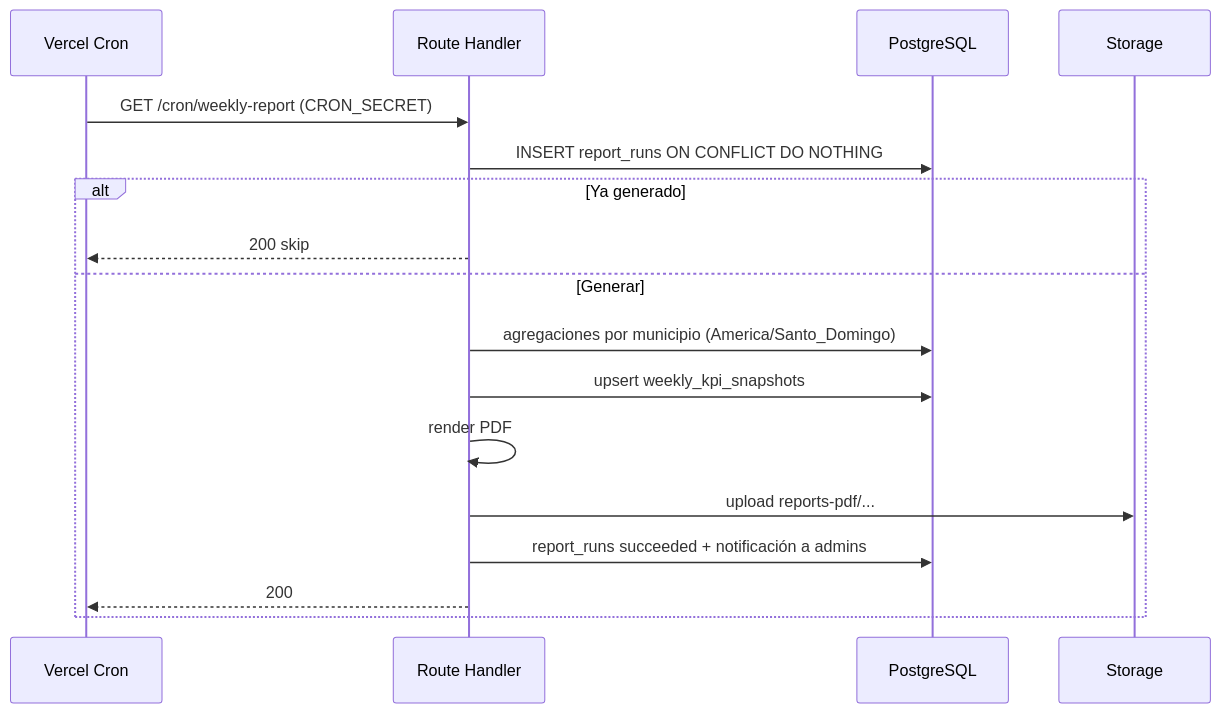
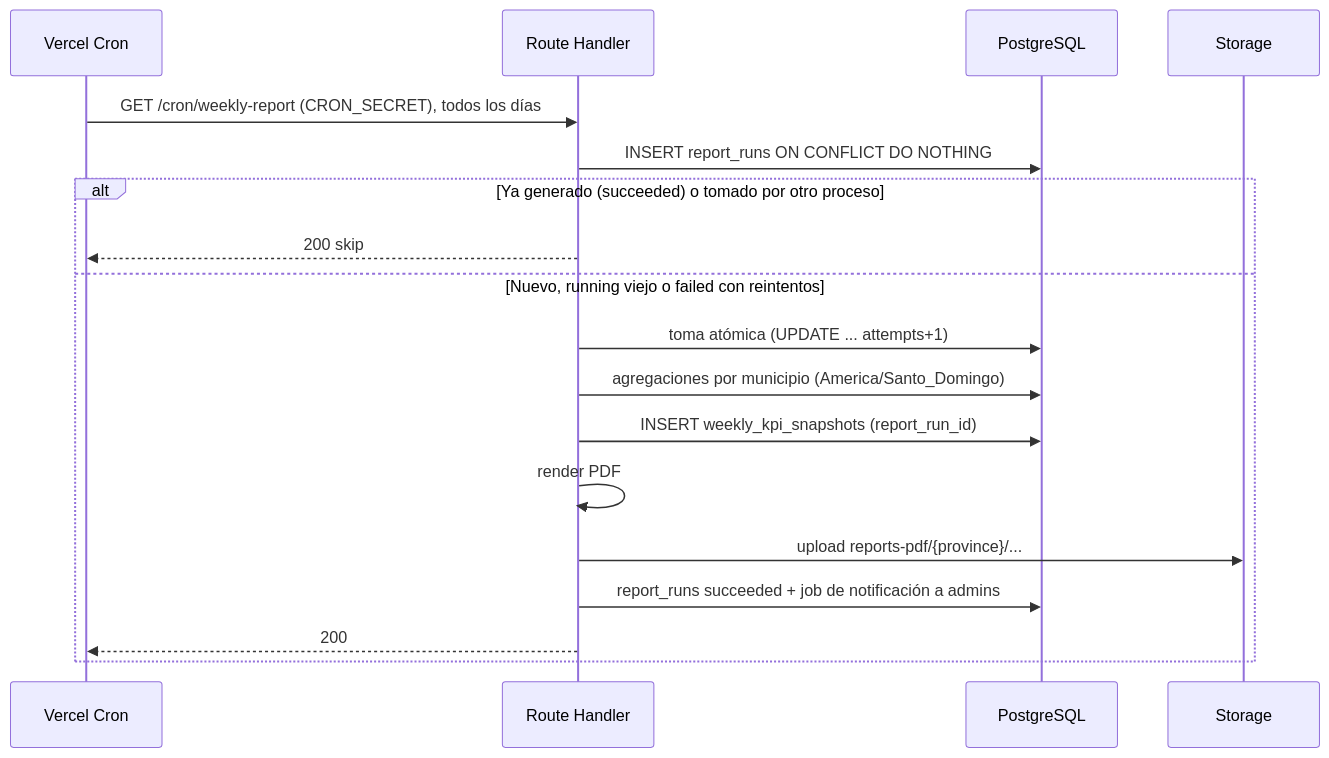
One commit to Pavel0990/CERTIC-MAPS-SR changed the fifth of 6 diagrams in ARCHITECTURE.md. Above: the diagram before and after it, drawn with Mermaid. The commit also changed other lines of this file, not shown here.

Commit message:
docs: architecture v1.1 - fix contradictions and add evolution foundations

````diff
--- a/ARCHITECTURE.md
+++ b/ARCHITECTURE.md
@@ -1200,19 +1408,20 @@
 ```mermaid
 sequenceDiagram
     participant CR as Vercel Cron
     participant N as Route Handler
     participant DB as PostgreSQL
     participant ST as Storage
-    CR->>N: GET /cron/weekly-report (CRON_SECRET)
+    CR->>N: GET /cron/weekly-report (CRON_SECRET), todos los días
     N->>DB: INSERT report_runs ON CONFLICT DO NOTHING
-    alt Ya generado
+    alt Ya generado (succeeded) o tomado por otro proceso
         N-->>CR: 200 skip
-    else Generar
+    else Nuevo, running viejo o failed con reintentos
+        N->>DB: toma atómica (UPDATE ... attempts+1)
         N->>DB: agregaciones por municipio (America/Santo_Domingo)
-        N->>DB: upsert weekly_kpi_snapshots
+        N->>DB: INSERT weekly_kpi_snapshots (report_run_id)
         N->>N: render PDF
-        N->>ST: upload reports-pdf/...
-        N->>DB: report_runs succeeded + notificación a admins
+        N->>ST: upload reports-pdf/{province}/...
+        N->>DB: report_runs succeeded + job de notificación a admins
         N-->>CR: 200
     end
 ```
````
